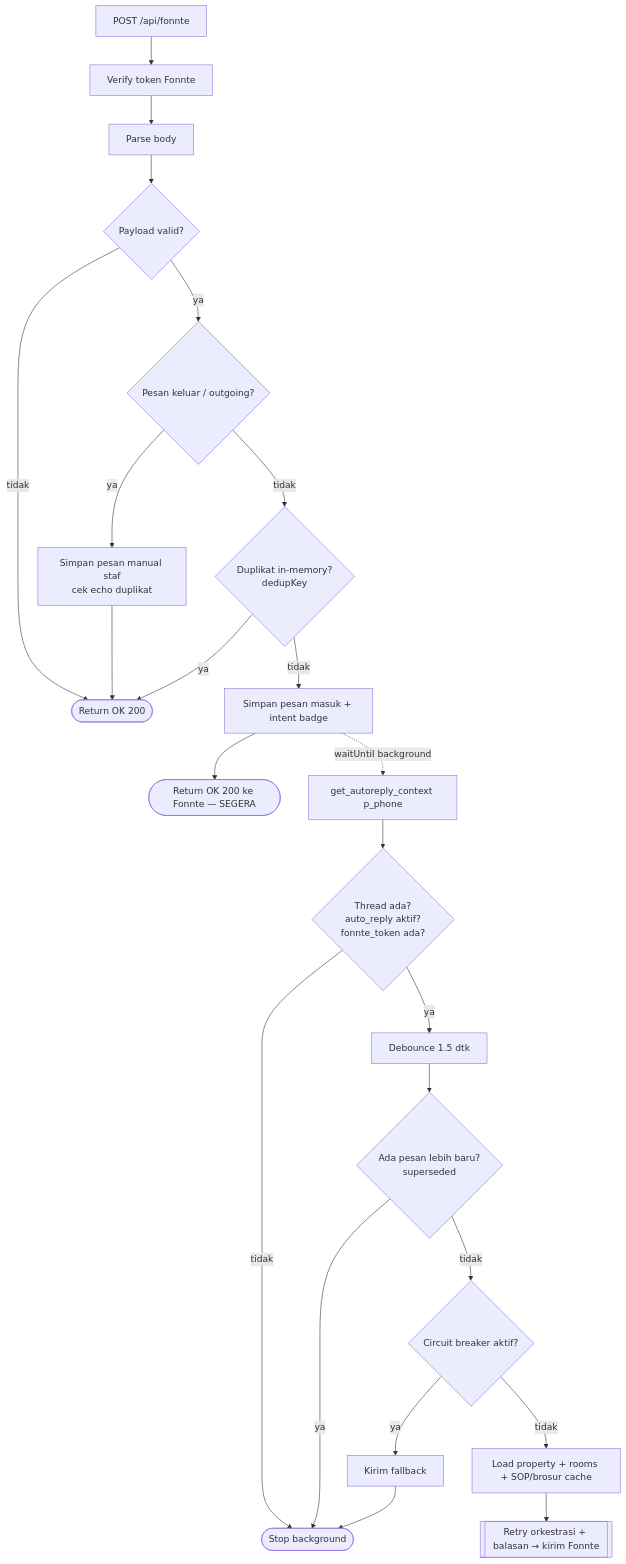
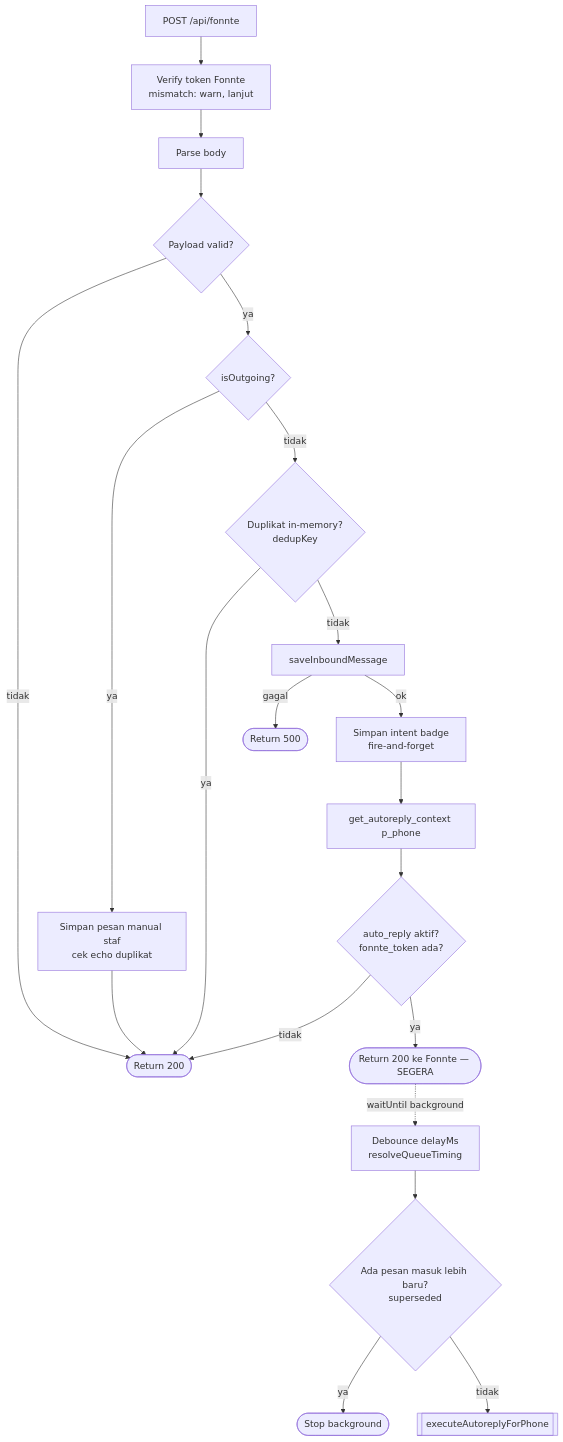
The first of 5 diagrams in docs/chatbot-flow.md (pomahguesthouse-cyber/new-pomah), drawn with Mermaid before and after one commit. The commit also changed other lines of this file, not shown here.

First line of the commit message:
docs(chatbot-flow): update flowcharts to match current webhook + brosur flow

````diff
--- a/docs/chatbot-flow.md
+++ b/docs/chatbot-flow.md
@@ -10,23 +16,22 @@
 ```mermaid
 flowchart TD
-    A[POST /api/fonnte] --> B[Verify token Fonnte]
+    A[POST /api/fonnte] --> B[Verify token Fonnte<br/>mismatch: warn, lanjut]
     B --> C[Parse body]
     C --> D{Payload valid?}
-    D -- tidak --> Z([Return OK 200])
-    D -- ya --> E{Pesan keluar / outgoing?}
+    D -- tidak --> Z([Return 200])
+    D -- ya --> E{isOutgoing?}
     E -- ya --> E1[Simpan pesan manual staf<br/>cek echo duplikat] --> Z
     E -- tidak --> F{Duplikat in-memory?<br/>dedupKey}
     F -- ya --> Z
-    F -- tidak --> G[Simpan pesan masuk + intent badge]
-    G --> R200([Return OK 200 ke Fonnte — SEGERA])
-    G -. waitUntil background .-> H[get_autoreply_context p_phone]
-    H --> I{Thread ada?<br/>auto_reply aktif?<br/>fonnte_token ada?}
-    I -- tidak --> STOP([Stop background])
-    I -- ya --> J[Debounce 1.5 dtk]
-    J --> K{Ada pesan lebih baru?<br/>superseded}
-    K -- ya --> STOP
-    K -- tidak --> L{Circuit breaker aktif?}
-    L -- ya --> M[Kirim fallback] --> STOP
-    L -- tidak --> N[Load property + rooms + SOP/brosur cache]
-    N --> O[[Retry orkestrasi + balasan → kirim Fonnte]]
+    F -- tidak --> G[saveInboundMessage]
+    G -- gagal --> ERR([Return 500])
+    G -- ok --> H[Simpan intent badge<br/>fire-and-forget]
+    H --> I[get_autoreply_context p_phone]
+    I --> J{auto_reply aktif?<br/>fonnte_token ada?}
+    J -- tidak --> Z
+    J -- ya --> R200([Return 200 ke Fonnte — SEGERA])
+    R200 -. waitUntil background .-> K[Debounce delayMs<br/>resolveQueueTiming]
+    K --> L{Ada pesan masuk lebih baru?<br/>superseded}
+    L -- ya --> STOP([Stop background])
+    L -- tidak --> M[[executeAutoreplyForPhone]]
 ```
````
